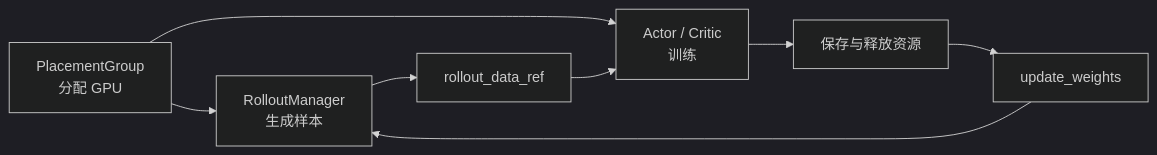
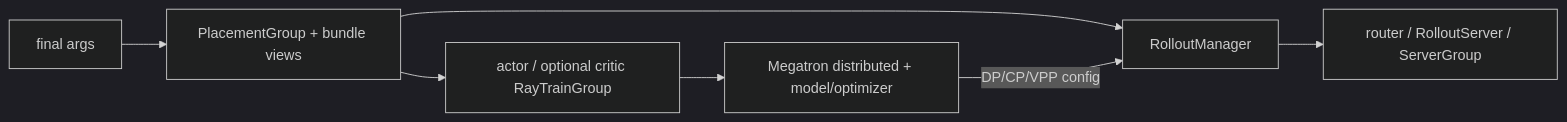
One commit to OnlyHero5/sglang-reading-vault changed the first of 3 diagrams in slime_reading/导读与总览/Slime-业务流程.md. Above: the diagram before and after it, drawn with Mermaid (dark theme). The commit also changed other lines of this file and 512 other files, not shown here.

````diff
--- a/slime_reading/导读与总览/Slime-业务流程.md
+++ b/slime_reading/导读与总览/Slime-业务流程.md
@@ -44,10 +36,9 @@
 ```mermaid
 flowchart LR
-    P["PlacementGroup<br/>分配 GPU"] --> R["RolloutManager<br/>生成样本"]
-    P --> T["Actor / Critic<br/>训练"]
-    R --> B["rollout_data_ref"]
-    B --> T
-    T --> S["保存与释放资源"]
-    S --> W["update_weights"]
-    W --> R
+    A["final args"] --> PG["PlacementGroup + bundle views"]
+    PG --> RM["RolloutManager"]
+    RM --> RS["router / RolloutServer / ServerGroup"]
+    PG --> TG["actor / optional critic RayTrainGroup"]
+    TG --> MP["Megatron distributed + model/optimizer"]
+    MP -->|"DP/CP/VPP config"| RM
 ```
````
